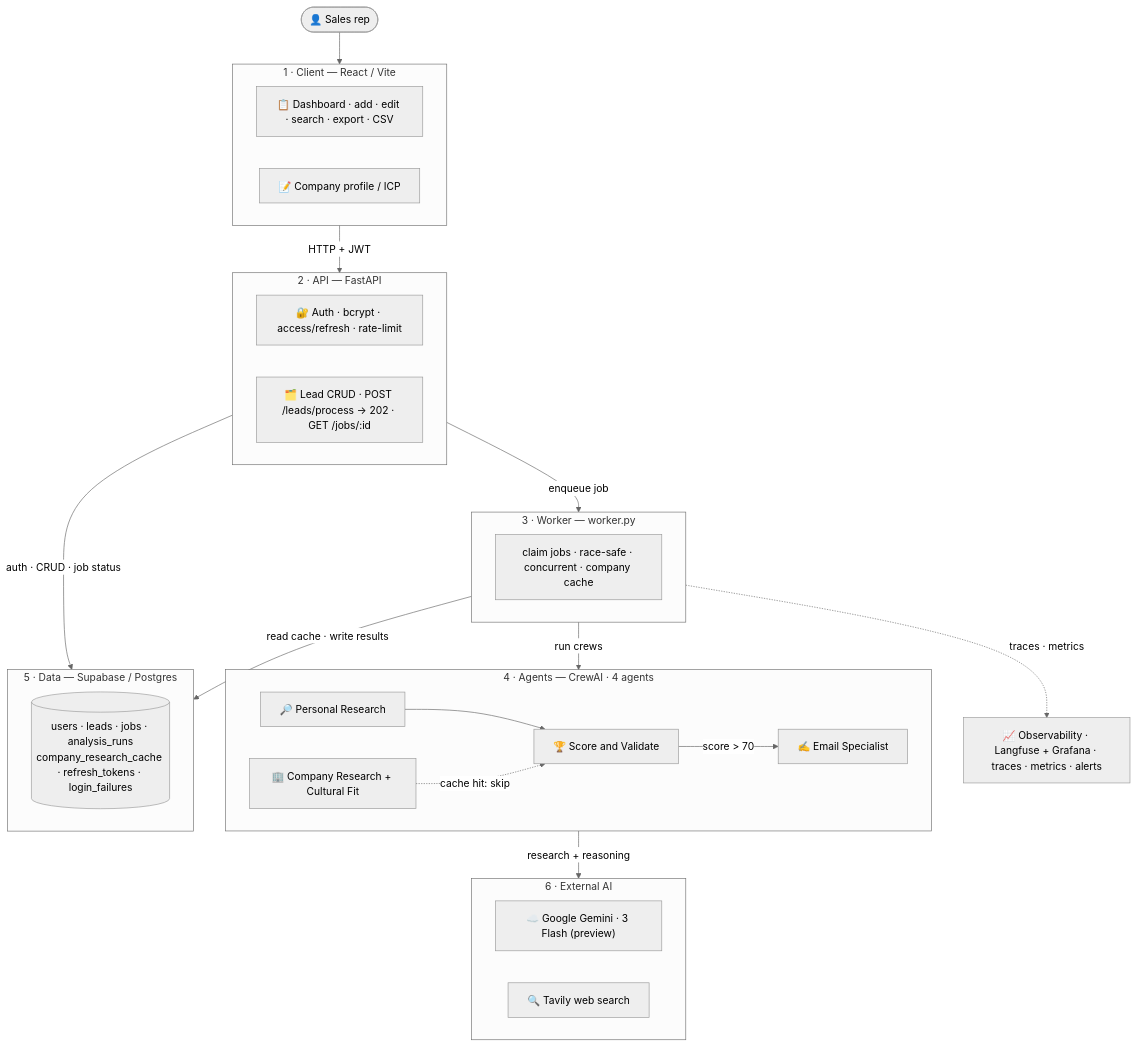
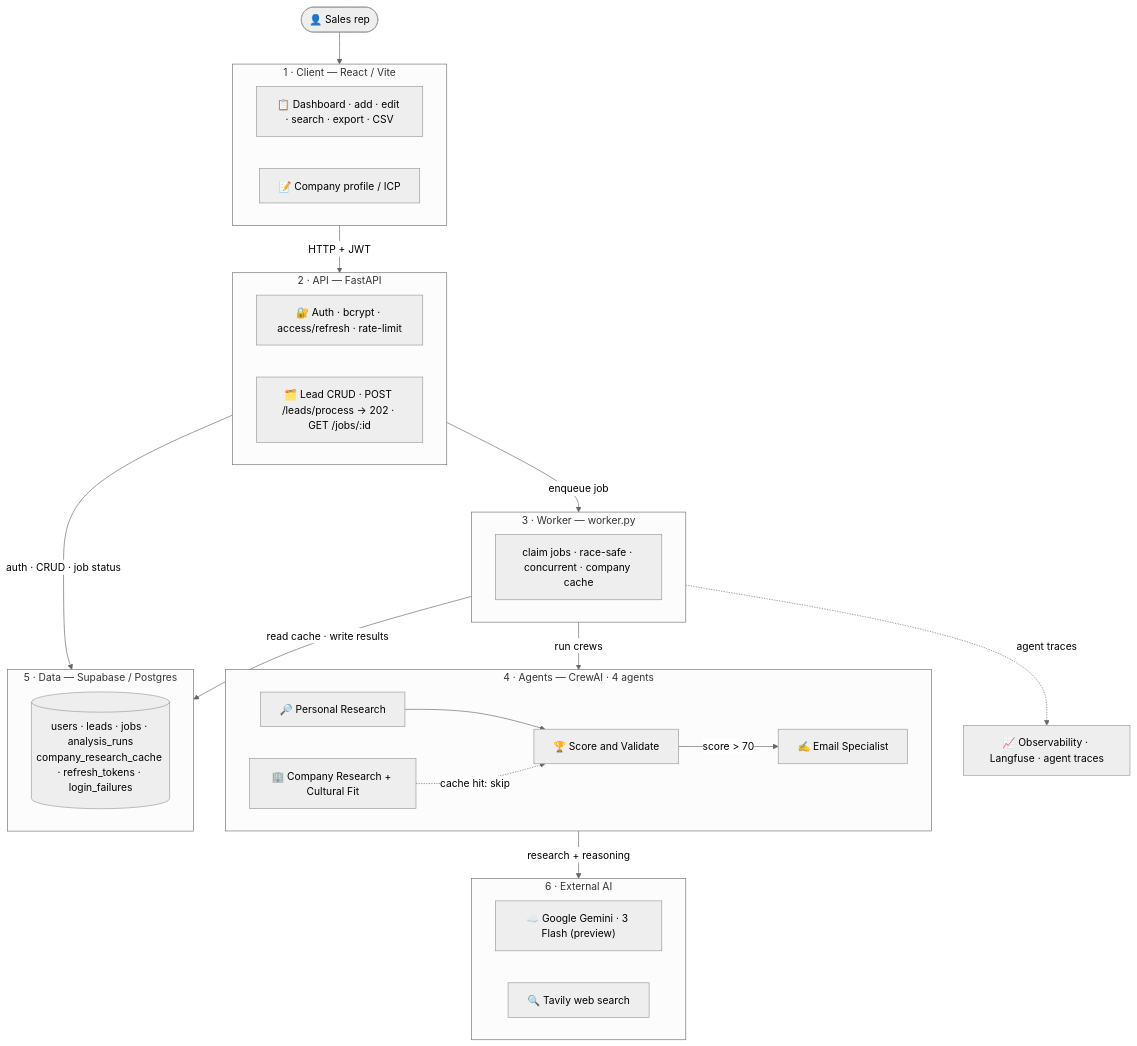
Before and after one commit to VIVPM/multi-crew-leads-dashboard: the diagram in README.md, drawn with Mermaid (neutral theme). The commit also changed other lines of this file, not shown here.

Commit message:
docs: describe Langfuse-only observability

````diff
--- a/README.md
+++ b/README.md
@@ -30,44 +30,44 @@
 ```mermaid
 graph TD
     User(["👤 Sales rep"])
 
     subgraph CLIENT ["1 · Client — React / Vite"]
         UI["📋 Dashboard · add · edit · search · export · CSV"]
         ICP["📝 Company profile / ICP"]
     end
 
     subgraph APP ["2 · API — FastAPI"]
         Auth["🔐 Auth · bcrypt · access/refresh · rate-limit"]
         REST["🗂️ Lead CRUD · POST /leads/process → 202 · GET /jobs/:id"]
     end
 
     subgraph CTRL ["3 · Worker — worker.py"]
         Claim["claim jobs · race-safe · concurrent · company cache"]
     end
 
     subgraph AI ["4 · Agents — CrewAI · 4 agents"]
         A1["🔎 Personal Research"] --> A3["🏆 Score and Validate"]
         A2["🏢 Company Research + Cultural Fit"] -.->|cache hit: skip| A3
         A3 -->|score > 70| E1["✍️ Email Specialist"]
     end
 
     subgraph DATA ["5 · Data — Supabase / Postgres"]
         Tbls[("users · leads · jobs · analysis_runs\ncompany_research_cache · refresh_tokens · login_failures")]
     end
 
     subgraph EXT ["6 · External AI"]
         LLM["☁️ Google Gemini · 3 Flash (preview)"]
         Tavily["🔍 Tavily web search"]
     end
 
-    OBS["📈 Observability · Langfuse + Grafana · traces · metrics · alerts"]
+    OBS["📈 Observability · Langfuse · agent traces"]
 
     User --> CLIENT
     CLIENT -->|HTTP + JWT| APP
     APP -->|auth · CRUD · job status| DATA
     APP -->|enqueue job| CTRL
     CTRL -->|run crews| AI
     AI -->|research + reasoning| EXT
     CTRL -->|read cache · write results| DATA
-    CTRL -.->|traces · metrics| OBS
+    CTRL -.->|agent traces| OBS
 ```
````
